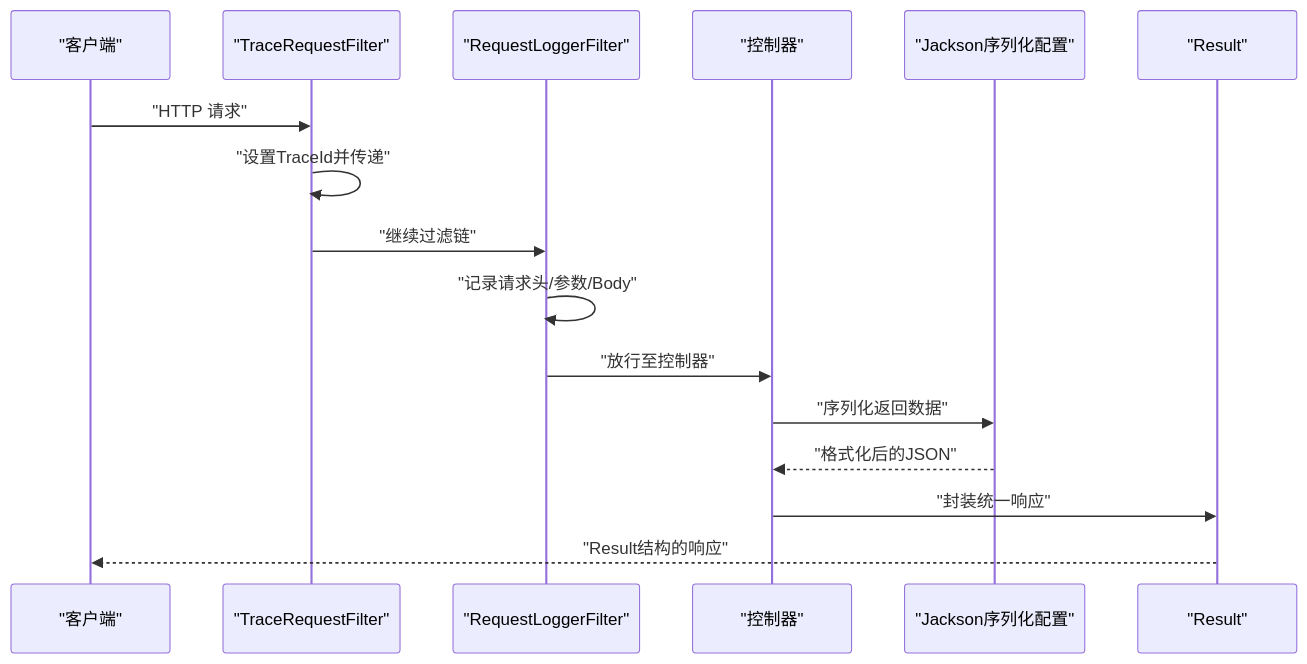
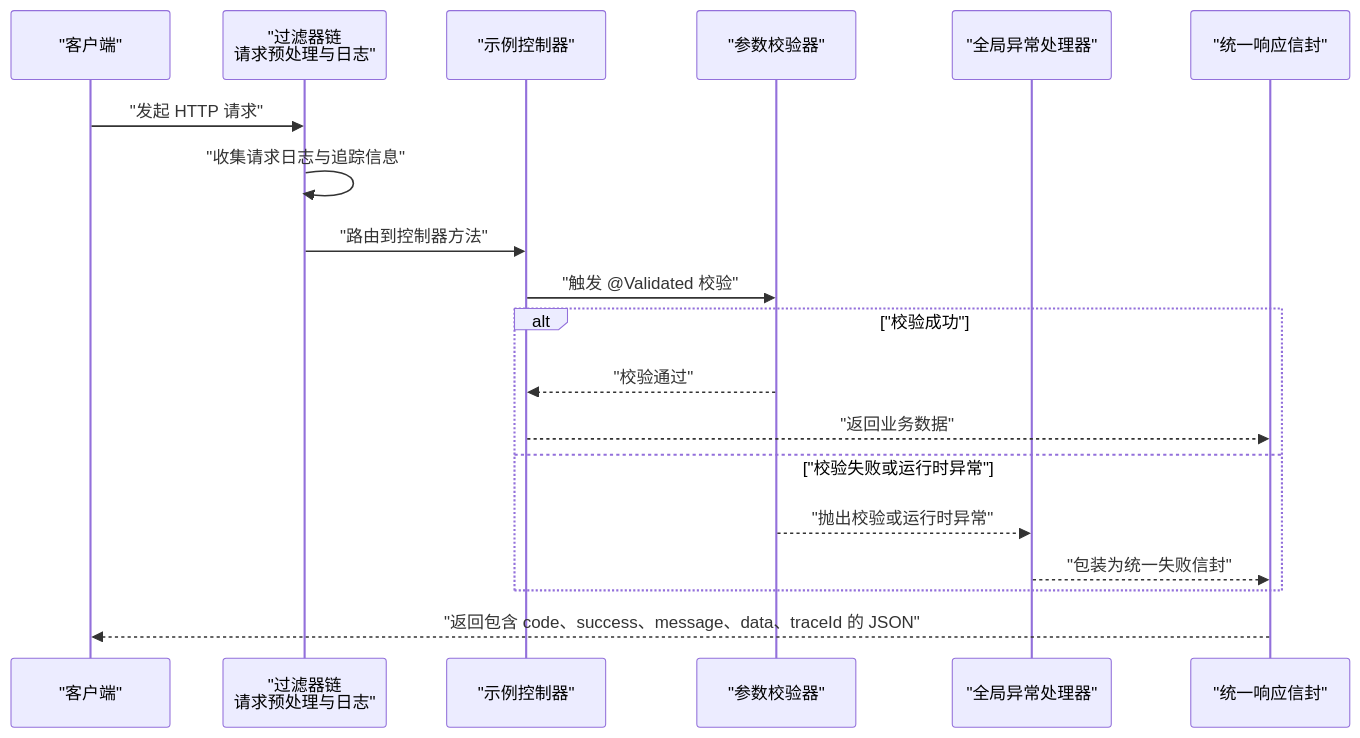
One commit to LiukewenSC/kewen-framework changed the second of 10 diagrams in .qoder/repowiki/zh/content/示例应用/基础功能示例.md. Above: the diagram before and after it, drawn with Mermaid. The commit also changed other lines of this file and 195 other files, not shown here.

````diff
--- a/.qoder/repowiki/zh/content/示例应用/基础功能示例.md
+++ b/.qoder/repowiki/zh/content/示例应用/基础功能示例.md
@@ -117,18 +109,22 @@
 ```mermaid
 sequenceDiagram
-participant Client as "客户端"
-participant Trace as "TraceRequestFilter"
-participant ReqLog as "RequestLoggerFilter"
-participant Ctrl as "控制器"
-participant Ser as "Jackson序列化配置"
-participant Res as "Result"
-Client->>Trace : "HTTP 请求"
-Trace->>Trace : "设置TraceId并传递"
-Trace->>ReqLog : "继续过滤链"
-ReqLog->>ReqLog : "记录请求头/参数/Body"
-ReqLog->>Ctrl : "放行至控制器"
-Ctrl->>Ser : "序列化返回数据"
-Ser-->>Ctrl : "格式化后的JSON"
-Ctrl->>Res : "封装统一响应"
-Res-->>Client : "Result结构的响应"
+    participant Client as "客户端"
+    participant FilterChain as "过滤器链<br/>请求预处理与日志"
+    participant Controller as "示例控制器"
+    participant Validator as "参数校验器"
+    participant ExceptionHandler as "全局异常处理器"
+    participant Response as "统一响应信封"
+
+    Client->>FilterChain: "发起 HTTP 请求"
+    FilterChain->>FilterChain: "收集请求日志与追踪信息"
+    FilterChain->>Controller: "路由到控制器方法"
+    Controller->>Validator: "触发 @Validated 校验"
+    alt "校验成功"
+        Validator-->>Controller: "校验通过"
+        Controller-->>Response: "返回业务数据"
+    else "校验失败或运行时异常"
+        Validator-->>ExceptionHandler: "抛出校验或运行时异常"
+        ExceptionHandler-->>Response: "包装为统一失败信封"
+    end
+    Response-->>Client: "返回包含 code、success、message、data、traceId 的 JSON"
 ```
````
